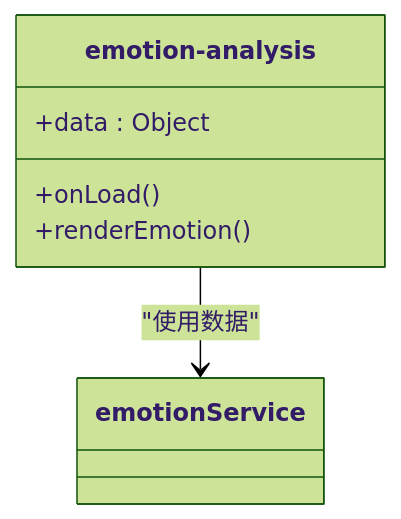
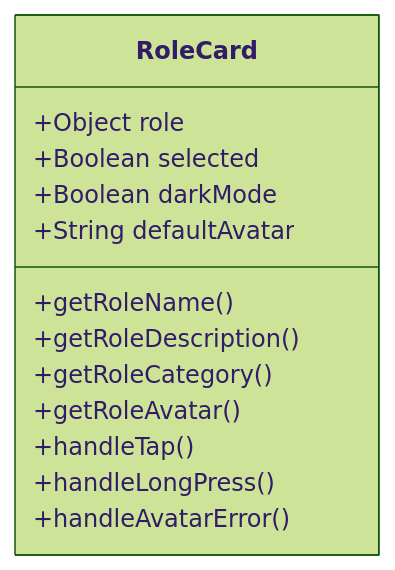
Before and after one commit to RainbowRain9/HeartChat: the fifth of 8 diagrams in .qoder/repowiki/zh/content/前端架构/前端架构.md, drawn with Mermaid (forest theme). The commit also changed other lines of this file and 208 other files, not shown here.

````diff
--- a/.qoder/repowiki/zh/content/前端架构/前端架构.md
+++ b/.qoder/repowiki/zh/content/前端架构/前端架构.md
@@ -105,9 +148,16 @@
 ```mermaid
 classDiagram
-class emotion-analysis {
-+data : Object
-+onLoad()
-+renderEmotion()
+class RoleCard {
++Object role
++Boolean selected
++Boolean darkMode
++String defaultAvatar
++getRoleName()
++getRoleDescription()
++getRoleCategory()
++getRoleAvatar()
++handleTap()
++handleLongPress()
++handleAvatarError()
 }
-emotion-analysis --> emotionService : "使用数据"
 ```
````
